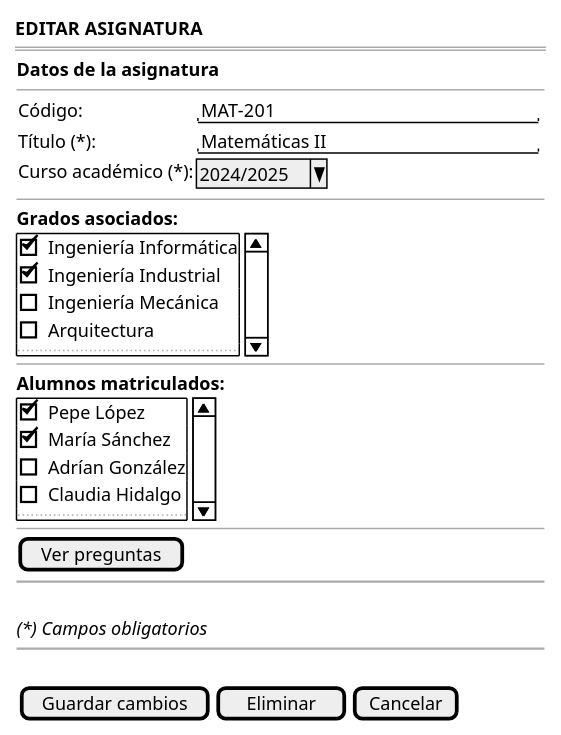
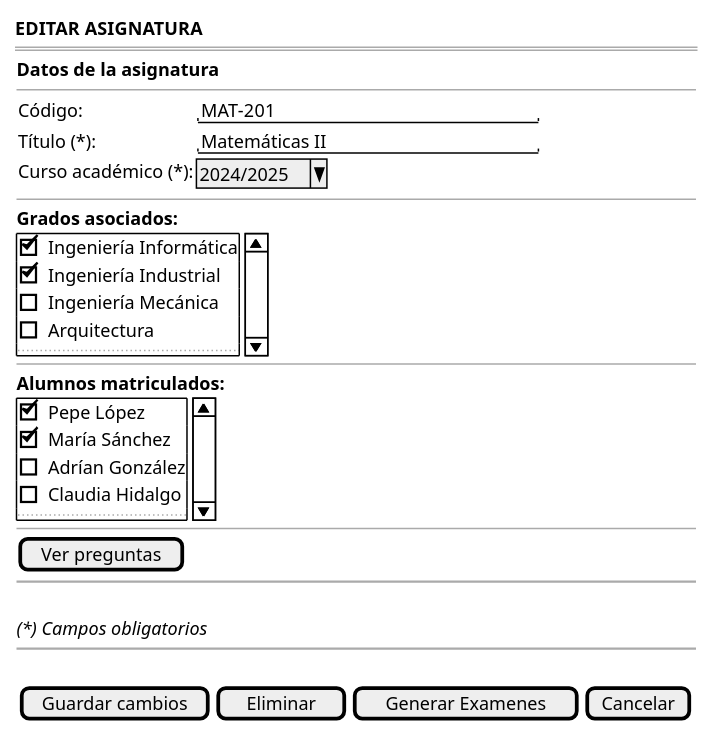
The diagram in documents/casos-de-uso/prototipadoCasosDeUso/editarAsignatura/editarAsignatura.puml (martinlopez7/25-26-IdSw1-SdR), drawn with PlantUML before and after one commit. The commit also changed 1 other file, not shown here.

Commit message:
Fix(cu): Añadir el boton de generar examenes en el caso de uso de editarAsginatura [refs #98]

```diff
--- a/documents/casos-de-uso/prototipadoCasosDeUso/editarAsignatura/editarAsignatura.puml
+++ b/documents/casos-de-uso/prototipadoCasosDeUso/editarAsignatura/editarAsignatura.puml
@@ -1,49 +1,49 @@
 @startsalt editarAsignatura_FORMULARIO
 {
     <b>EDITAR ASIGNATURA</b>
     ===
     {
         <b>Datos de la asignatura</b>
         --
         {
             Código:         | "MAT-201                     " 
             Título (*):     | "Matemáticas II              "
             Curso académico (*): | ^2024/2025^
         }
         
         --
         
         <b>Grados asociados:</b>
         {SI
             [X] Ingeniería Informática
             [X] Ingeniería Industrial
             [ ] Ingeniería Mecánica
             [ ] Arquitectura
             ...
         }
         
         --
         
         <b>Alumnos matriculados:</b>
         {SI
             [X] Pepe López
             [X] María Sánchez
             [ ] Adrían González
             [ ] Claudia Hidalgo
             ...
         }
         
         --
         
         [Ver preguntas]
         
         ~~
         .
         <i>(*) Campos obligatorios</i>
         
         ~~
         .
-        {[Guardar cambios] | [ Eliminar ] | [Cancelar]}
+        {[Guardar cambios] | [ Eliminar ] | [ Generar Examenes ] | [Cancelar]}
     }
 }
 @endsalt
```
